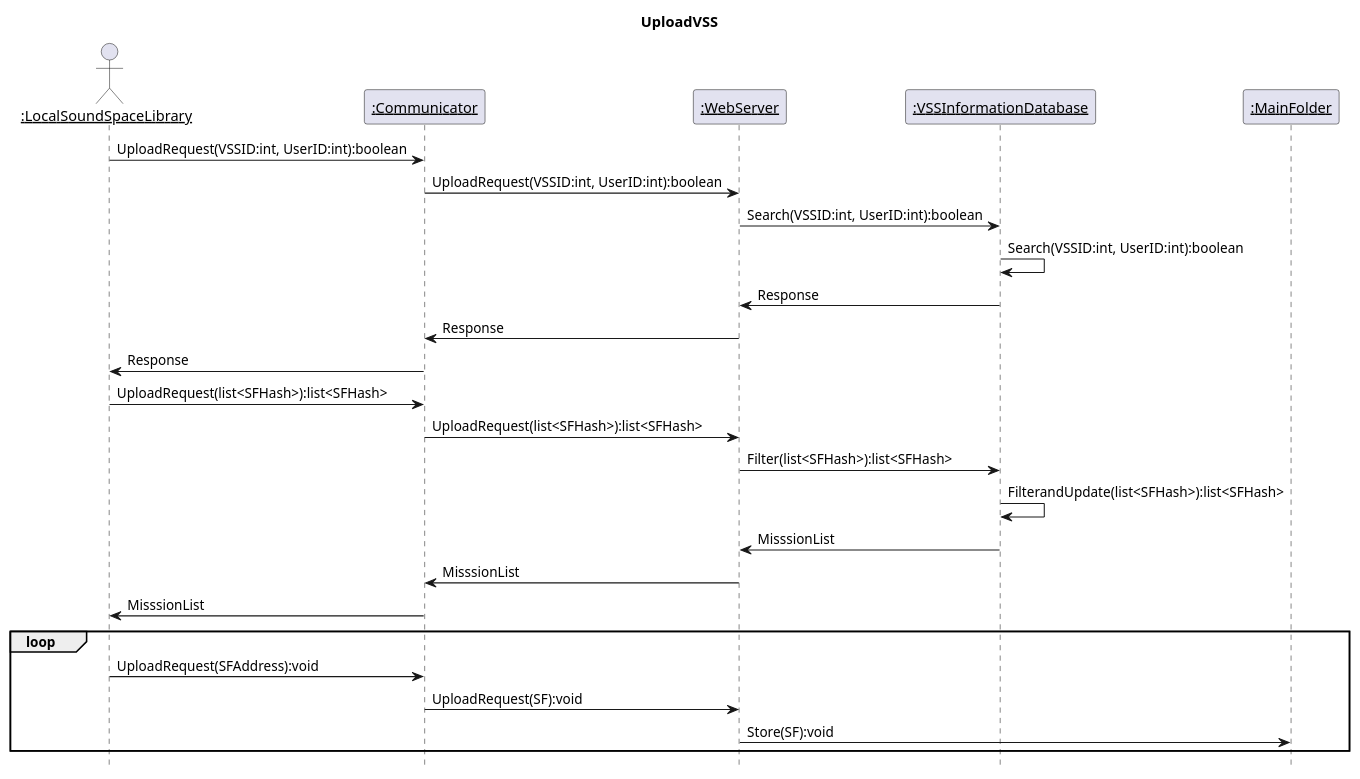
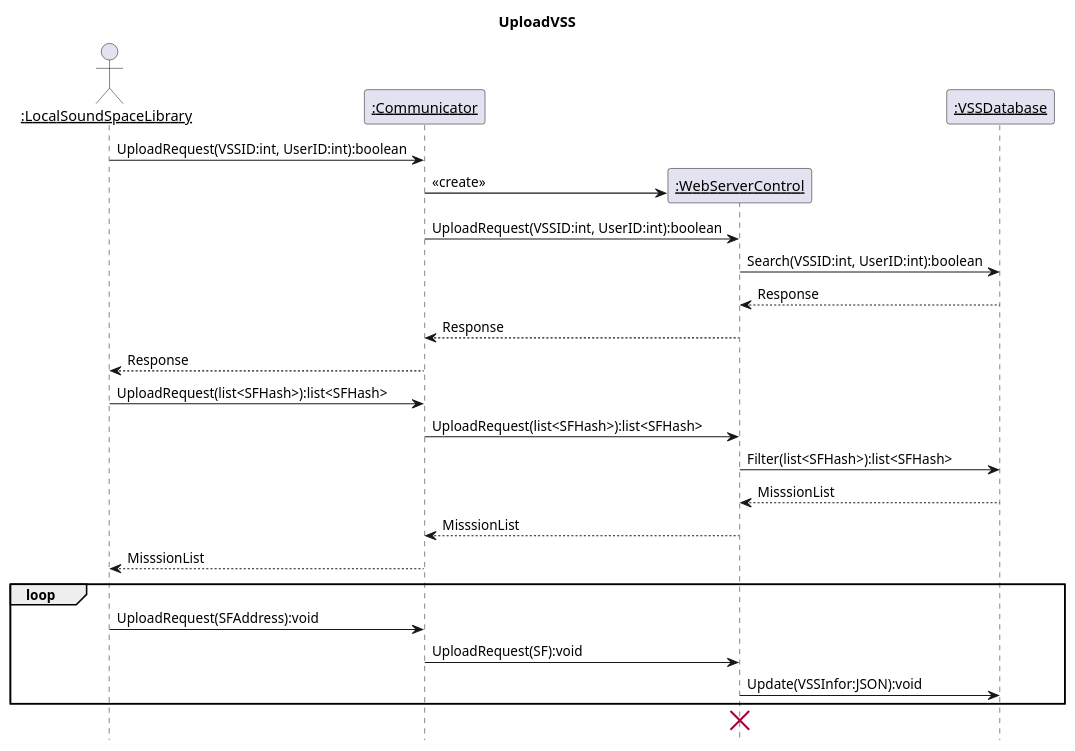
One commit to kpp19920121/doc changed diagram 17 of 39 in 设计/顺序图.md. Above: the diagram before and after it, drawn with PlantUML. The commit also changed other lines of this file, not shown here.

Commit message:
更新了含服务器端部分的顺序图

````diff
--- a/设计/顺序图.md
+++ b/设计/顺序图.md
@@ -612,31 +615,31 @@
 ```PlantUML
 @startuml Diagrams/UploadVSSServerSequenceDiagram
 title UploadVSS
 hide footbox
 skinparam sequenceParticipant underline
 actor ":LocalSoundSpaceLibrary" as Client
 participant ":Communicator" as Communicator
-participant ":WebServer" as WebServer
-participant ":VSSInformationDatabase" as VSSInformationDatabase
-participant ":MainFolder" as MainFolder
+participant ":WebServerControl" as WebServer
+participant ":VSSDatabase" as VSSInformationDatabase
 Client->Communicator:UploadRequest(VSSID:int, UserID:int):boolean
+create WebServer
+Communicator->WebServer:<<create>>
 Communicator->WebServer:UploadRequest(VSSID:int, UserID:int):boolean
 WebServer->VSSInformationDatabase:Search(VSSID:int, UserID:int):boolean
-VSSInformationDatabase->VSSInformationDatabase:Search(VSSID:int, UserID:int):boolean
-VSSInformationDatabase->WebServer:Response
-WebServer->Communicator:Response
-Communicator->Client:Response
+VSSInformationDatabase-->WebServer:Response
+WebServer-->Communicator:Response
+Communicator-->Client:Response
 Client->Communicator:UploadRequest(list<SFHash>):list<SFHash>
 Communicator->WebServer:UploadRequest(list<SFHash>):list<SFHash>
 WebServer->VSSInformationDatabase:Filter(list<SFHash>):list<SFHash>
-VSSInformationDatabase->VSSInformationDatabase:FilterandUpdate(list<SFHash>):list<SFHash>
-VSSInformationDatabase->WebServer:MisssionList
-WebServer->Communicator:MisssionList
-Communicator->Client:MisssionList
+VSSInformationDatabase-->WebServer:MisssionList
+WebServer-->Communicator:MisssionList
+Communicator-->Client:MisssionList
 loop
   Client->Communicator:UploadRequest(SFAddress):void
   Communicator->WebServer:UploadRequest(SF):void
-  WebServer->MainFolder:Store(SF):void
+  WebServer->VSSInformationDatabase:Update(VSSInfor:JSON):void
 end
+destroy WebServer
 @enduml
 ```
````
